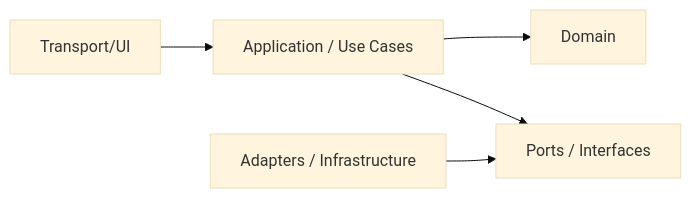
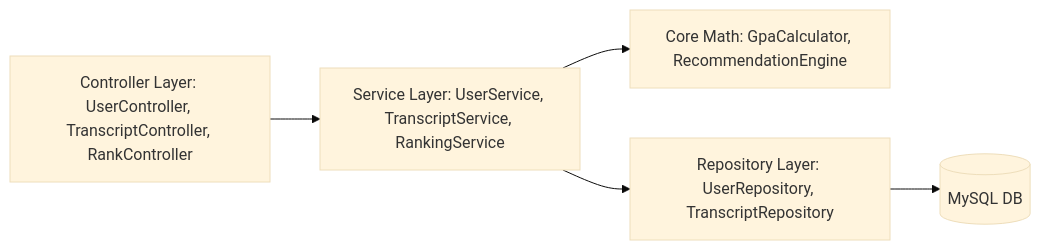
Before and after one commit to nqtienvn/japanese: the third of 5 diagrams in 03-Architecture-Design/SOFTWARE_ARCHITECTURE.md, drawn with Mermaid (base theme). The commit also changed other lines of this file and 89 other files, not shown here.

````diff
--- a/03-Architecture-Design/SOFTWARE_ARCHITECTURE.md
+++ b/03-Architecture-Design/SOFTWARE_ARCHITECTURE.md
@@ -58,7 +65,7 @@
 ```mermaid
 flowchart LR
-    T["Transport/UI"] --> APP["Application / Use Cases"]
-    APP --> DOM["Domain"]
-    APP --> PORT["Ports / Interfaces"]
-    ADP["Adapters / Infrastructure"] --> PORT
+    API["Controller Layer: UserController, TranscriptController, RankController"] --> Service["Service Layer: UserService, TranscriptService, RankingService"]
+    Service --> Alg["Core Math: GpaCalculator, RecommendationEngine"]
+    Service --> Repo["Repository Layer: UserRepository, TranscriptRepository"]
+    Repo --> DB[("MySQL DB")]
 ```
````
